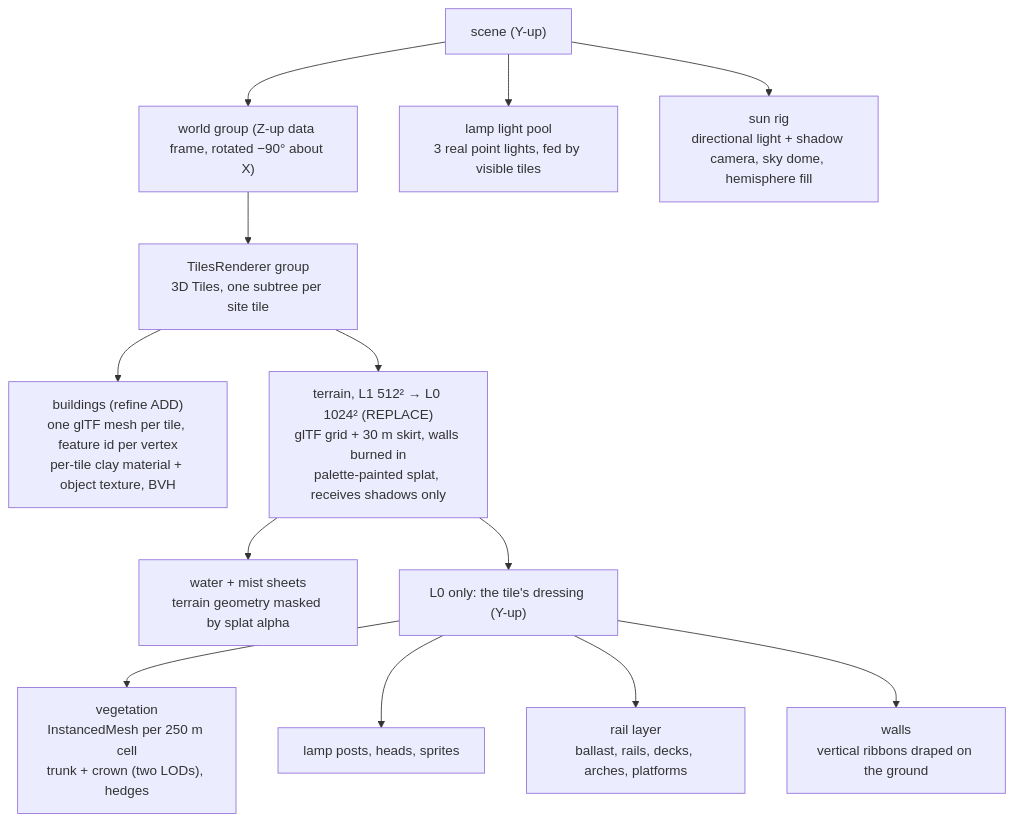
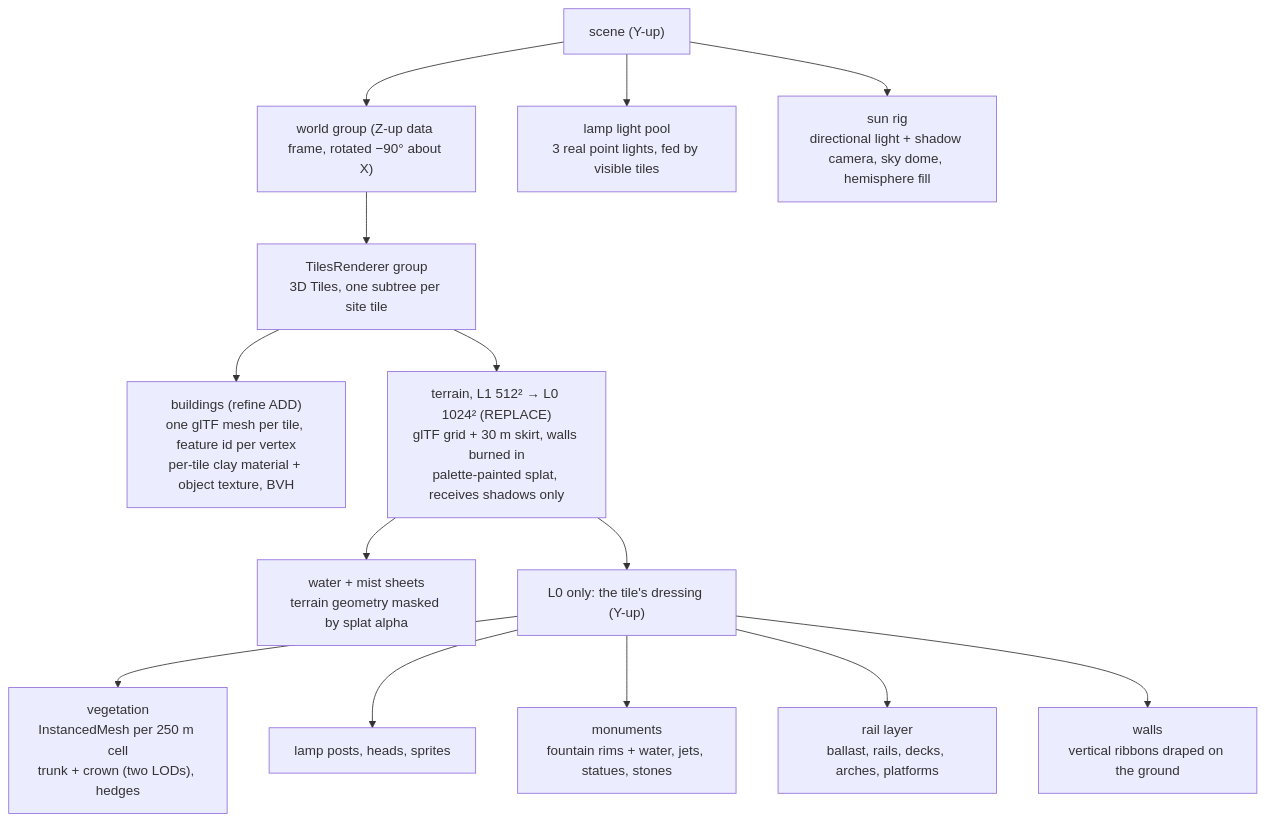
One commit to mdugue/bridge changed the first of 2 diagrams in docs/rendering.md. Above: the diagram before and after it, drawn with Mermaid. The commit also changed other lines of this file and 41 other files, not shown here.

````diff
--- a/docs/rendering.md
+++ b/docs/rendering.md
@@ -25,18 +25,19 @@
 ```mermaid
 flowchart TB
   SCENE["scene (Y-up)"]
   WORLD["world group (Z-up data frame, rotated −90° about X)"]
   TILES["TilesRenderer group<br/>3D Tiles, one subtree per site tile"]
   SCENE --> WORLD
   WORLD --> TILES
   TILES --> CITY["buildings (refine ADD)<br/>one glTF mesh per tile, feature id per vertex<br/>per-tile clay material + object texture, BVH"]
   TILES --> TER["terrain, L1 512² → L0 1024² (REPLACE)<br/>glTF grid + 30 m skirt, walls burned in<br/>palette-painted splat, receives shadows only"]
   TER --> WAT["water + mist sheets<br/>terrain geometry masked by splat alpha"]
   TER --> DRESS["L0 only: the tile's dressing (Y-up)"]
   DRESS --> VEG["vegetation<br/>InstancedMesh per 250 m cell<br/>trunk + crown (two LODs), hedges"]
   DRESS --> LAMP["lamp posts, heads, sprites"]
+  DRESS --> MON["monuments<br/>fountain rims + water, jets, statues, stones"]
   DRESS --> RAIL["rail layer<br/>ballast, rails, decks, arches, platforms"]
   DRESS --> WALL["walls<br/>vertical ribbons draped on the ground"]
   SCENE --> LIGHTS["lamp light pool<br/>3 real point lights, fed by visible tiles"]
   SCENE --> SUN["sun rig<br/>directional light + shadow camera, sky dome, hemisphere fill"]
 ```
````
